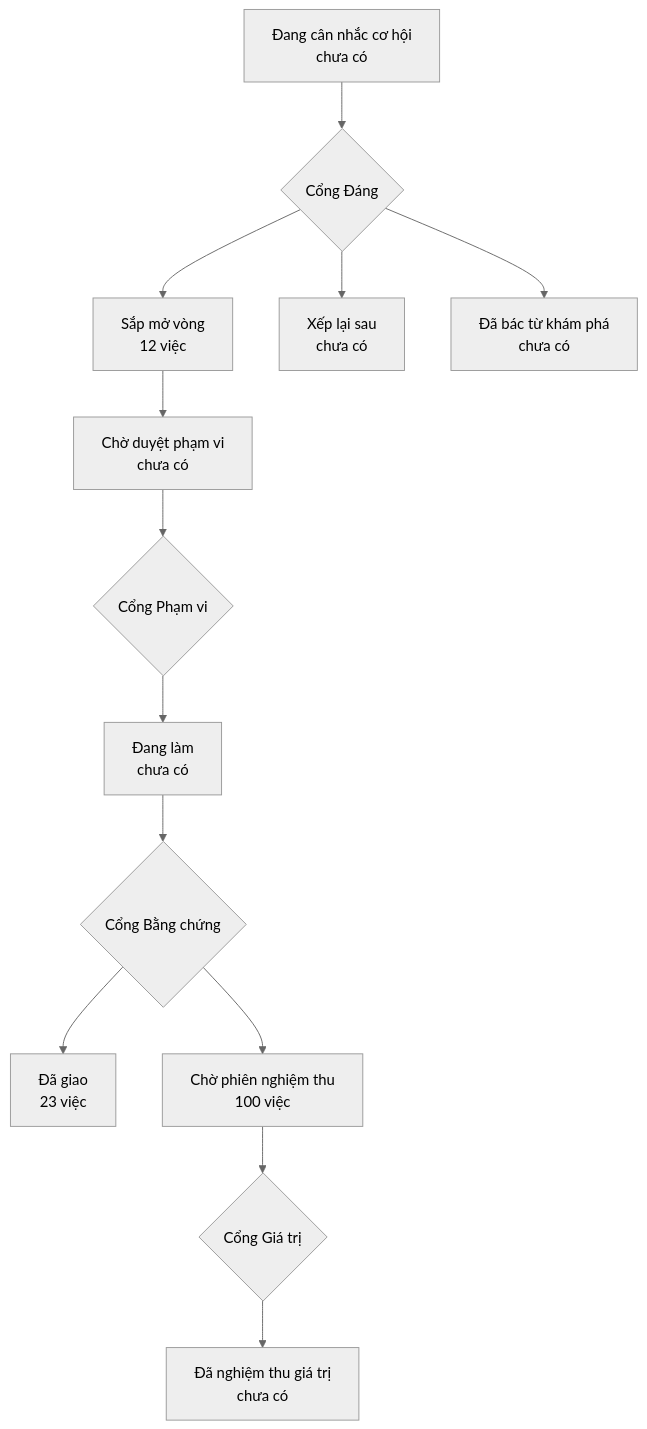
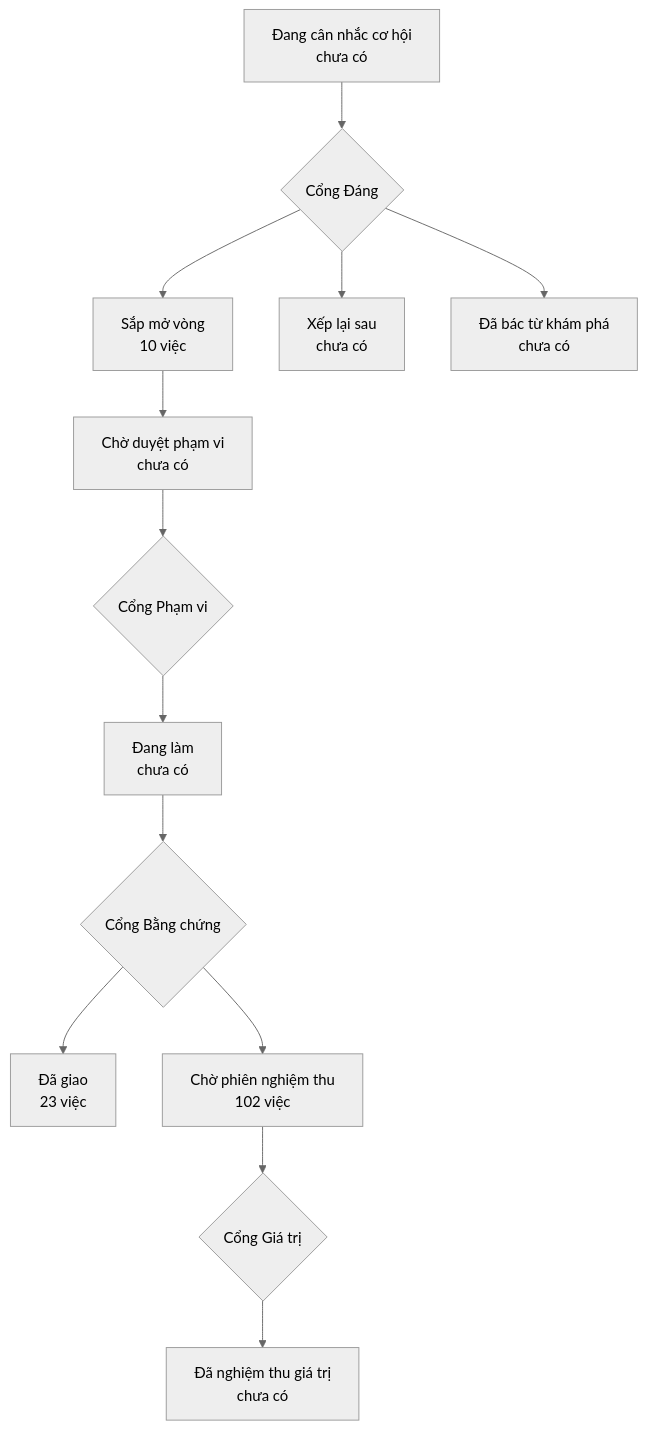
The diagram in PRODUCT-MAP.md (phanlemanh/onehub-quy-hang), drawn with Mermaid (neutral theme) before and after one commit. The commit also changed other lines of this file and 2 other files, not shown here.

Commit message:
chore: vẽ lại bản đồ và lộ trình sau khi gộp main

````diff
--- a/PRODUCT-MAP.md
+++ b/PRODUCT-MAP.md
@@ -7,12 +7,12 @@
 ```mermaid
 flowchart TD
   A["Đang cân nhắc cơ hội<br/>chưa có"] --> GD{"Cổng Đáng"}
-  GD --> B["Sắp mở vòng<br/>12 việc"]
+  GD --> B["Sắp mở vòng<br/>10 việc"]
   GD --> XL["Xếp lại sau<br/>chưa có"]
   GD --> DB["Đã bác từ khám phá<br/>chưa có"]
   B --> CD["Chờ duyệt phạm vi<br/>chưa có"] --> GP{"Cổng Phạm vi"}
   GP --> DL["Đang làm<br/>chưa có"] --> GB{"Cổng Bằng chứng"}
   GB --> DG["Đã giao<br/>23 việc"]
-  GB --> CN["Chờ phiên nghiệm thu<br/>100 việc"] --> GG{"Cổng Giá trị"}
+  GB --> CN["Chờ phiên nghiệm thu<br/>102 việc"] --> GG{"Cổng Giá trị"}
   GG --> NT["Đã nghiệm thu giá trị<br/>chưa có"]
 ```
````
